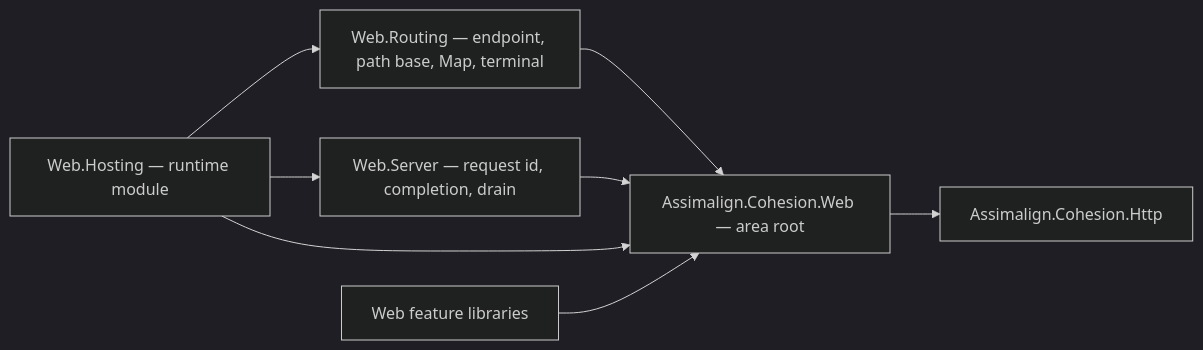
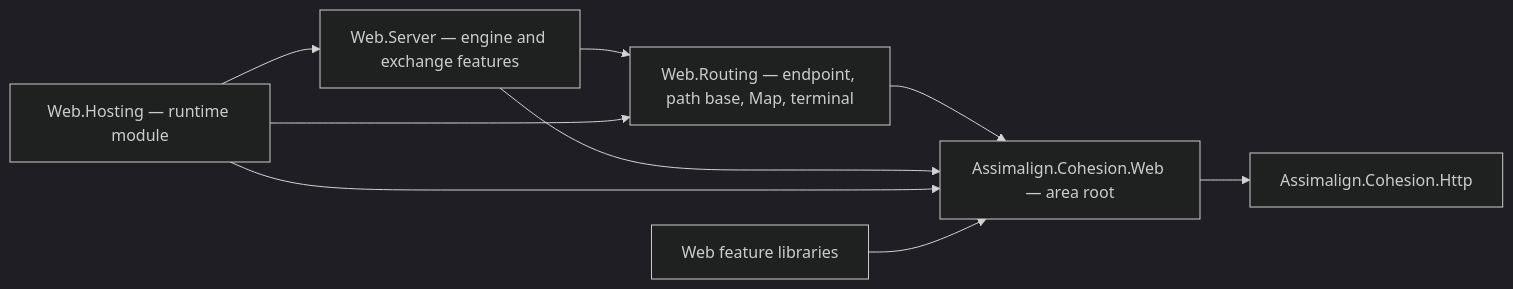
The diagram in docs/dotnet-apis/resources/web/assimalign-cohesion-web/design.md (assimalign/cohesion-docs), drawn with Mermaid (dark theme) before and after one commit. The commit also changed other lines of this file and 194 other files, not shown here.

````diff
--- a/docs/dotnet-apis/resources/web/assimalign-cohesion-web/design.md
+++ b/docs/dotnet-apis/resources/web/assimalign-cohesion-web/design.md
@@ -53,10 +55,11 @@
 ```mermaid
 flowchart LR
     Root["Assimalign.Cohesion.Web — area root"] --> Http["Assimalign.Cohesion.Http"]
     Routing["Web.Routing — endpoint, path base, Map, terminal"] --> Root
-    Server["Web.Server — request id, completion, drain"] --> Root
+    Server["Web.Server — engine and exchange features"] --> Root
+    Server --> Routing
     Hosting["Web.Hosting — runtime module"] --> Root
     Hosting --> Routing
     Hosting --> Server
     Features["Web feature libraries"] --> Root
 ```
````
